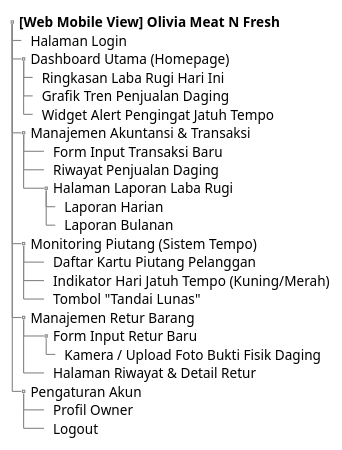
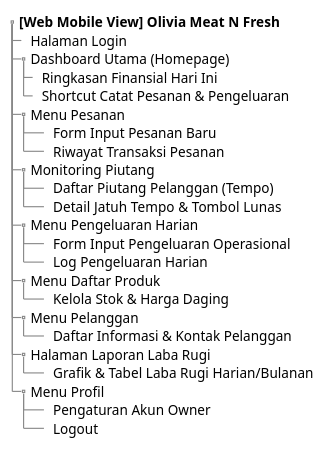
One commit to anandajuliar/umlcapstone changed the diagram in sitemap.puml. Above: the diagram before and after it, drawn with PlantUML. The commit also changed 1 other file, not shown here.

```diff
--- a/sitemap.puml
+++ b/sitemap.puml
@@ -1,30 +1,30 @@
 @startsalt
 skinparam BackgroundColor #FFFFFF
 {
 {T
  + **[Web Mobile View] Olivia Meat N Fresh**
  ++ Halaman Login
  ++ Dashboard Utama (Homepage)
- +++ Ringkasan Laba Rugi Hari Ini
- +++ Grafik Tren Penjualan Daging
- +++ Widget Alert Pengingat Jatuh Tempo
- ++ Manajemen Akuntansi & Transaksi
- ++++ Form Input Transaksi Baru
- ++++ Riwayat Penjualan Daging
- ++++ Halaman Laporan Laba Rugi
- +++++ Laporan Harian
- +++++ Laporan Bulanan
- ++ Monitoring Piutang (Sistem Tempo)
- ++++ Daftar Kartu Piutang Pelanggan
- ++++ Indikator Hari Jatuh Tempo (Kuning/Merah)
- ++++ Tombol "Tandai Lunas"
- ++ Manajemen Retur Barang
- ++++ Form Input Retur Baru
- +++++ Kamera / Upload Foto Bukti Fisik Daging
- ++++ Halaman Riwayat & Detail Retur
- ++ Pengaturan Akun
- ++++ Profil Owner
+ +++ Ringkasan Finansial Hari Ini
+ +++ Shortcut Catat Pesanan & Pengeluaran
+ ++ Menu Pesanan
+ ++++ Form Input Pesanan Baru
+ ++++ Riwayat Transaksi Pesanan
+ ++ Monitoring Piutang
+ ++++ Daftar Piutang Pelanggan (Tempo)
+ ++++ Detail Jatuh Tempo & Tombol Lunas
+ ++ Menu Pengeluaran Harian
+ ++++ Form Input Pengeluaran Operasional
+ ++++ Log Pengeluaran Harian
+ ++ Menu Daftar Produk
+ ++++ Kelola Stok & Harga Daging
+ ++ Menu Pelanggan
+ ++++ Daftar Informasi & Kontak Pelanggan
+ ++ Halaman Laporan Laba Rugi
+ ++++ Grafik & Tabel Laba Rugi Harian/Bulanan
+ ++ Menu Profil
+ ++++ Pengaturan Akun Owner
  ++++ Logout
 }
 }
 @endsalt
```
